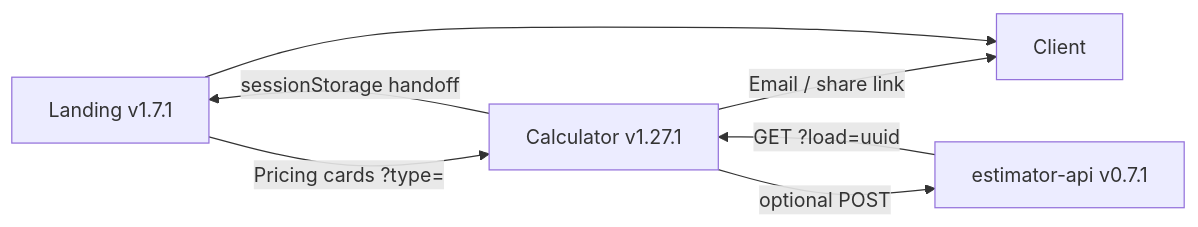
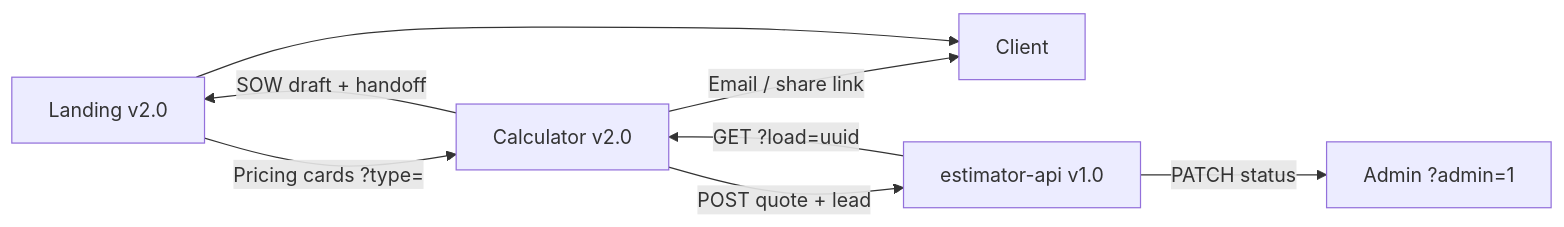
One commit to pixellayer7-jpg/pixellayer7-jpg changed the diagram in README.md. Above: the diagram before and after it, drawn with Mermaid. The commit also changed other lines of this file, not shown here.

````diff
--- a/README.md
+++ b/README.md
@@ -18,9 +18,10 @@
 ```mermaid
 flowchart LR
-  A[Landing v1.7.1] -->|Pricing cards ?type=| B[Calculator v1.27.1]
-  B -->|sessionStorage handoff| A
+  A[Landing v2.0] -->|Pricing cards ?type=| B[Calculator v2.0]
+  B -->|SOW draft + handoff| A
   B -->|Email / share link| C[Client]
-  B -->|optional POST| D[estimator-api v0.7.1]
+  B -->|POST quote + lead| D[estimator-api v1.0]
   D -->|GET ?load=uuid| B
+  D -->|PATCH status| E[Admin ?admin=1]
   A --> C
 ```
````
